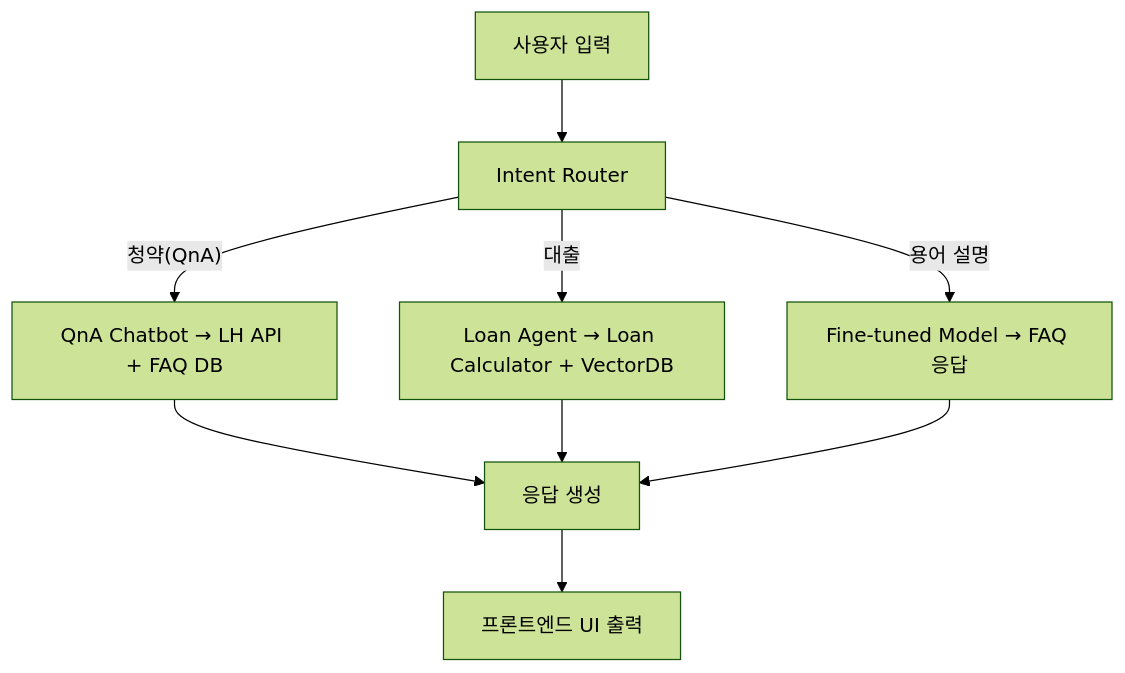
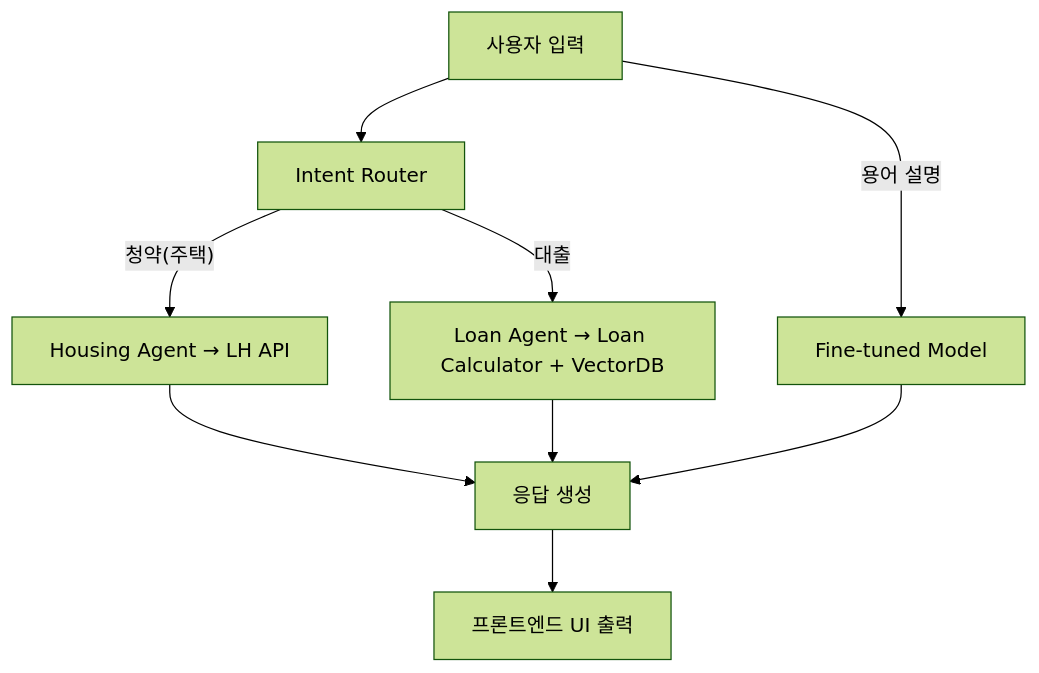
Before and after one commit to ChangMin59/welhome: the diagram in README.md, drawn with Mermaid (forest theme).

````diff
--- a/README.md
+++ b/README.md
@@ -143,11 +143,11 @@
 ```mermaid
 flowchart TD
     A[사용자 입력] --> B[Intent Router]
-    B -->|"청약(QnA)"| C[QnA Chatbot → LH API + FAQ DB]
+    B -->|"청약(주택)"| C[Housing Agent → LH API]
     B -->|"대출"| D[Loan Agent → Loan Calculator + VectorDB]
-    B -->|"용어 설명"| E[Fine-tuned Model → FAQ 응답]
+    A -->|"용어 설명"| E[Fine-tuned Model]
     C --> F[응답 생성]
     D --> F
     E --> F
     F --> G[프론트엔드 UI 출력]
 ```
````
